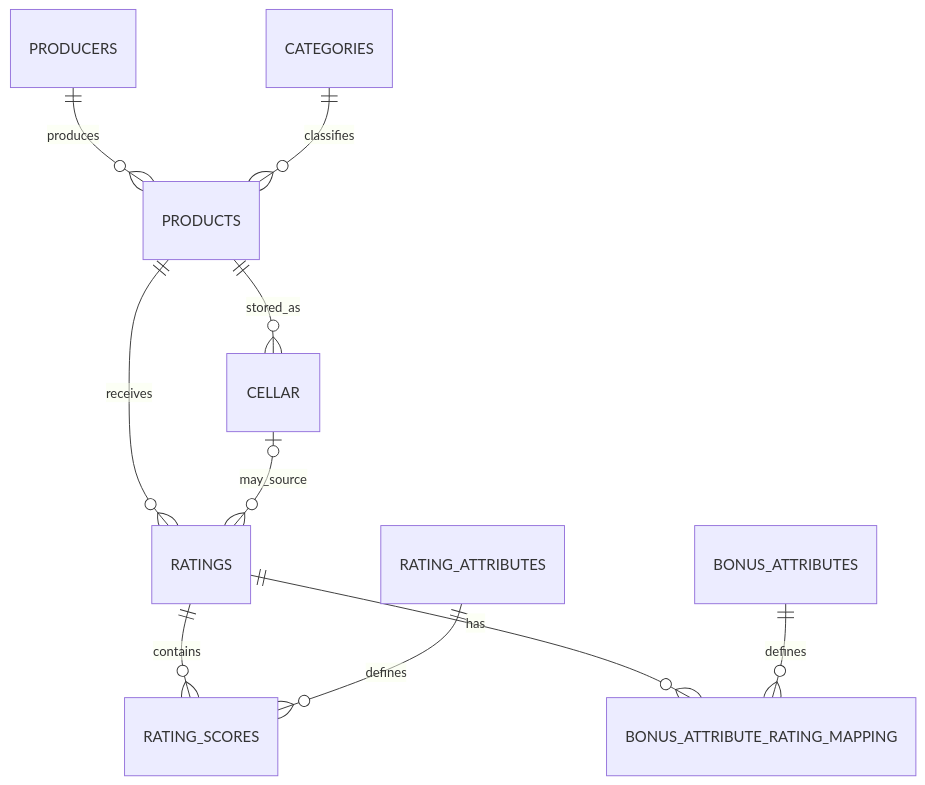
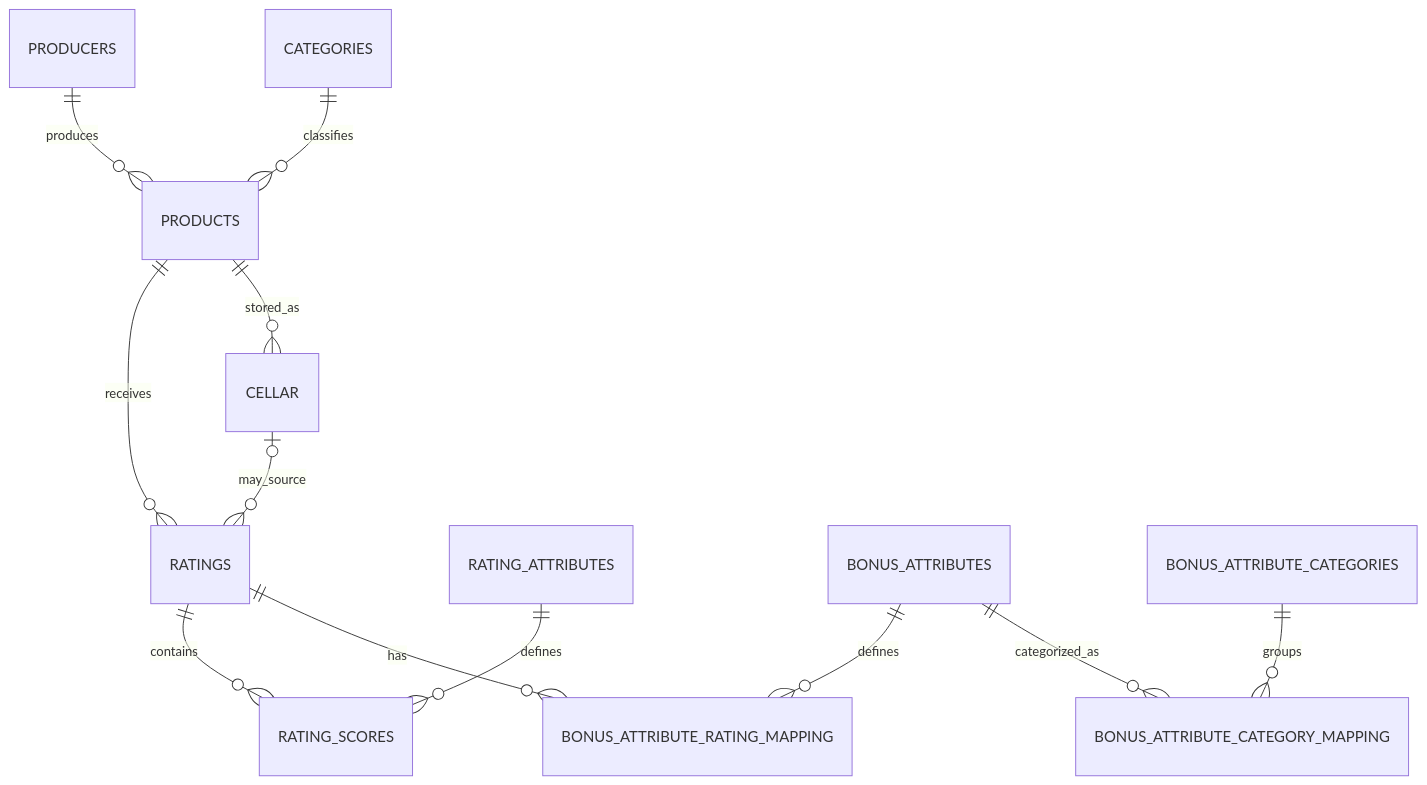
One commit to jeremytheva/pourfolio changed the diagram in DATA_MODEL.md. Above: the diagram before and after it, drawn with Mermaid. The commit also changed other lines of this file, not shown here.

Commit message:
Document categorized bonus attribute contract

````diff
--- a/DATA_MODEL.md
+++ b/DATA_MODEL.md
@@ -26,12 +26,14 @@
 ```mermaid
 erDiagram
     PRODUCERS ||--o{ PRODUCTS : produces
     CATEGORIES ||--o{ PRODUCTS : classifies
     PRODUCTS ||--o{ RATINGS : receives
     PRODUCTS ||--o{ CELLAR : stored_as
     RATINGS ||--o{ RATING_SCORES : contains
     RATING_ATTRIBUTES ||--o{ RATING_SCORES : defines
     RATINGS ||--o{ BONUS_ATTRIBUTE_RATING_MAPPING : has
     BONUS_ATTRIBUTES ||--o{ BONUS_ATTRIBUTE_RATING_MAPPING : defines
+    BONUS_ATTRIBUTE_CATEGORIES ||--o{ BONUS_ATTRIBUTE_CATEGORY_MAPPING : groups
+    BONUS_ATTRIBUTES ||--o{ BONUS_ATTRIBUTE_CATEGORY_MAPPING : categorized_as
     CELLAR o|--o{ RATINGS : may_source
 ```
````
